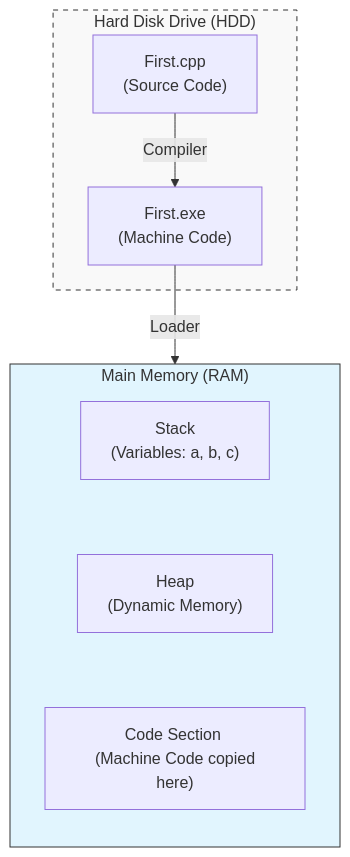
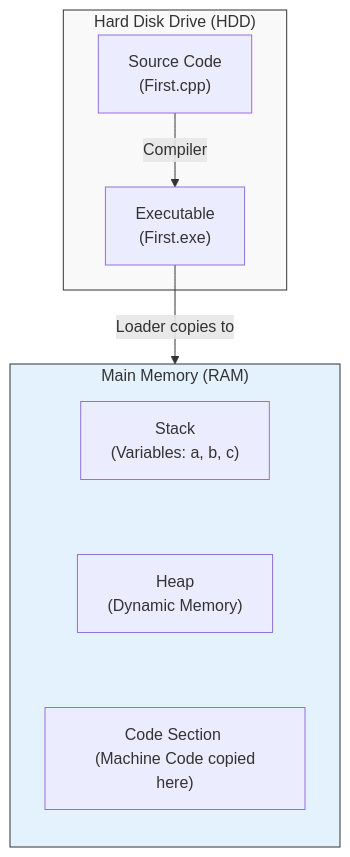
One commit to im-Rajat/CPP changed the fourth of 4 diagrams in Deep-Dive-in-C++/03-Program-Development/README.md. Above: the diagram before and after it, drawn with Mermaid. The commit also changed other lines of this file and 1 other file, not shown here.

````diff
--- a/Deep-Dive-in-C++/03-Program-Development/README.md
+++ b/Deep-Dive-in-C++/03-Program-Development/README.md
@@ -84,29 +80,29 @@
 ```mermaid
 flowchart TD
-    %% Nodes
-    subgraph HDD_Storage ["Hard Disk Drive (HDD)"]
-        SourceFile["First.cpp <br> (Source Code)"]
-        ExeFile["First.exe <br> (Machine Code)"]
+    %% Definitions
+    subgraph HDD ["Hard Disk Drive (HDD)"]
+        Source["Source Code <br> (First.cpp)"]
+        Exe["Executable <br> (First.exe)"]
     end
 
-    subgraph Main_Memory ["Main Memory (RAM)"]
+    subgraph RAM ["Main Memory (RAM)"]
         direction BT
         CodeSec["Code Section <br> (Machine Code copied here)"]
         Heap["Heap <br> (Dynamic Memory)"]
         Stack["Stack <br> (Variables: a, b, c)"]
     end
 
     %% Styles
-    classDef hdd fill:#f9f9f9,stroke:#333,stroke-dasharray: 5 5;
-    classDef ram fill:#e1f5fe,stroke:#333;
+    classDef storage fill:#f9f9f9,stroke:#333;
+    classDef memory fill:#e3f2fd,stroke:#333;
 
-    HDD_Storage:::hdd
-    Main_Memory:::ram
+    HDD:::storage
+    RAM:::memory
 
-    %% Connections
-    SourceFile -->|Compiler| ExeFile
-    ExeFile -->|Loader| CodeSec
+    %% Flow
+    Source -->|Compiler| Exe
+    Exe -->|Loader copies to| CodeSec
     
-    %% Note: Linking stack to code purely for visual structure
+    %% Formatting helper to stack RAM sections visually
     CodeSec ~~~ Heap ~~~ Stack
 ```
````
